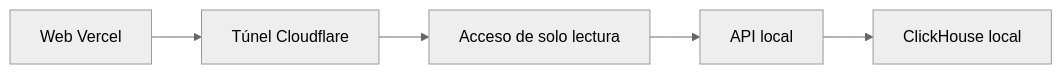
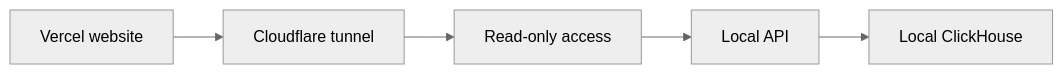
Before and after one commit to AnuarH16/analitica-reparto-clickhouse: the second of 2 diagrams in docs/GUIA-VISUAL-EQUIPO.md, drawn with Mermaid (neutral theme). The commit also changed other lines of this file and 30 other files, not shown here.

````diff
--- a/docs/GUIA-VISUAL-EQUIPO.md
+++ b/docs/GUIA-VISUAL-EQUIPO.md
@@ -77,7 +77,7 @@
 ```mermaid
 flowchart LR
-  W[Web Vercel] --> T[Túnel Cloudflare]
-  T --> G[Acceso de solo lectura]
-  G --> A[API local]
-  A --> C[ClickHouse local]
+  W[Vercel website] --> T[Cloudflare tunnel]
+  T --> G[Read-only access]
+  G --> A[Local API]
+  A --> C[Local ClickHouse]
 ```
````
